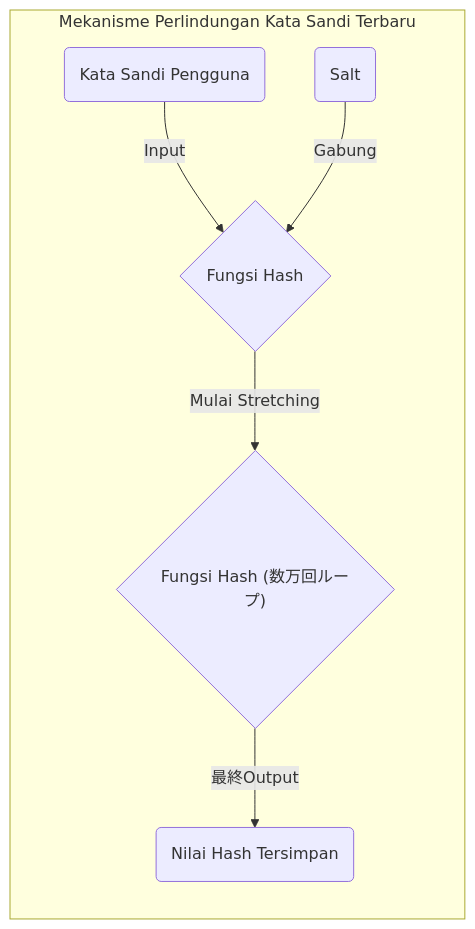
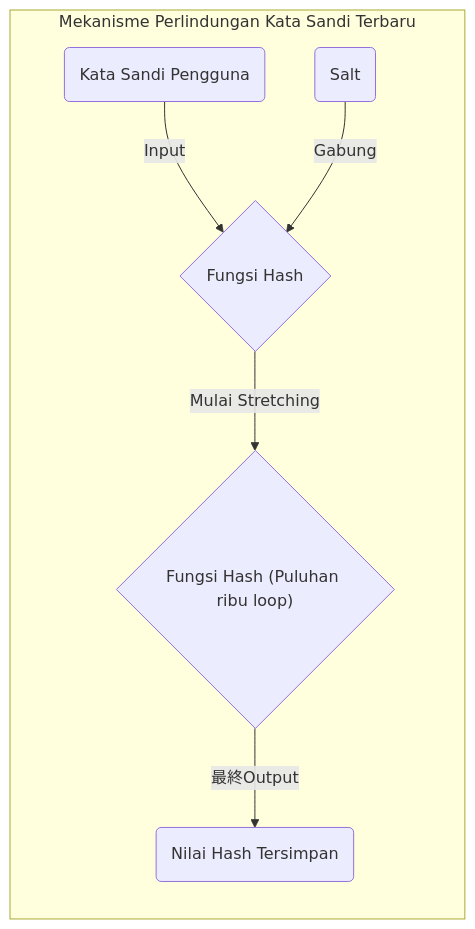
One commit to kenjinote/blog changed the third of 3 diagrams in content/post/pigeonhole-principle-hash-collision/index.id.md. Above: the diagram before and after it, drawn with Mermaid. The commit also changed 7 other files, not shown here.

Commit message:
Translate leftover Japanese strings in code blocks, math, and mermaid to localized languages

````diff
--- a/content/post/pigeonhole-principle-hash-collision/index.id.md
+++ b/content/post/pigeonhole-principle-hash-collision/index.id.md
@@ -203,15 +203,15 @@
 ```mermaid
 graph LR
     subgraph "Mekanisme Perlindungan Kata Sandi Terbaru"
         P("Kata Sandi Pengguna")
         S("Salt")
         H1{"Fungsi Hash"}
-        H2{"Fungsi Hash (数万回ループ)"}
+        H2{"Fungsi Hash (Puluhan ribu loop)"}
         R("Nilai Hash Tersimpan")
     end
 
     P -->|"Input"| H1
     S -->|"Gabung"| H1
     H1 -->|"Mulai Stretching"| H2
     H2 -->|"最終Output"| R
 ```
````
